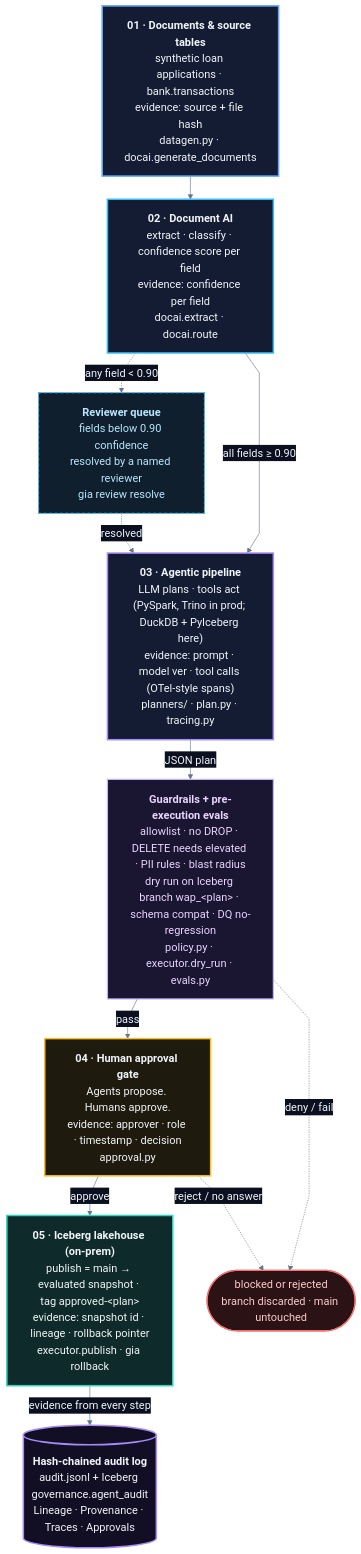
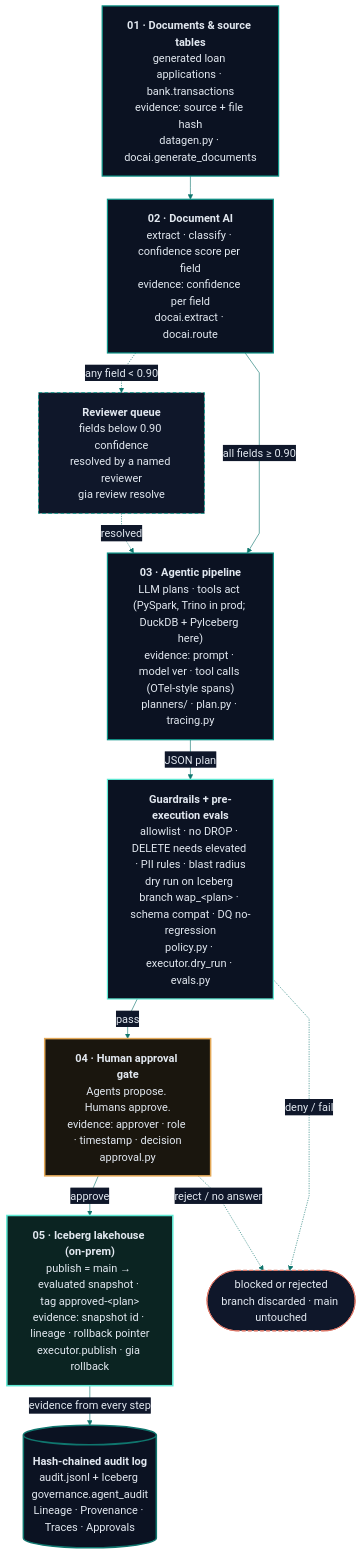
The diagram in docs/architecture.mmd (kushagrasoni/governed-iceberg-agent), drawn with Mermaid before and after one commit. The commit also changed 4 other files, not shown here.

Commit message:
Architecture diagram in the Blueprint palette (no 'synthetic' wording); README screenshot of the four-step live app

```diff
--- a/docs/architecture.mmd
+++ b/docs/architecture.mmd
@@ -1,41 +1,37 @@
-%%{init: {"theme": "base", "securityLevel": "loose", "fontFamily": "Inter, Arial, sans-serif", "flowchart": {"curve": "linear", "nodeSpacing": 40, "rankSpacing": 38, "padding": 18, "htmlLabels": true}, "themeVariables": {"fontFamily": "Inter, Arial, sans-serif", "fontSize": "18px", "background": "#0A1020", "primaryColor": "#131C33", "primaryTextColor": "#F1F5F9", "lineColor": "#64748B", "clusterBkg": "#0B1326", "clusterBorder": "#334155", "edgeLabelBackground": "#0A1020"}, "themeCSS": ".nodeLabel, .edgeLabel { white-space: nowrap !important; } .ev { color:#C4B5FD; font-size:15px; } .mod { color:#64748B; font-size:14px; } .edgeLabel { color:#94A3B8 !important; font-size:15px; }"}}%%
+%%{init: {"theme": "base", "securityLevel": "loose", "fontFamily": "IBM Plex Sans Condensed, Arial Narrow, sans-serif", "flowchart": {"curve": "linear", "nodeSpacing": 40, "rankSpacing": 38, "padding": 18, "htmlLabels": true}, "themeVariables": {"fontFamily": "IBM Plex Sans Condensed, Arial Narrow, sans-serif", "fontSize": "18px", "background": "#0F172A", "primaryColor": "#0B1222", "primaryTextColor": "#E2E8F0", "primaryBorderColor": "#0D9488", "lineColor": "#0F766E", "clusterBkg": "#0B1222", "clusterBorder": "#0F766E", "edgeLabelBackground": "#0F172A"}, "themeCSS": ".nodeLabel, .edgeLabel { white-space: nowrap !important; } .nodeLabel b { font-weight:600; letter-spacing:.01em; } .nodeLabel { color:#E2E8F0; } .rq .nodeLabel { color:#94A3B8; } .stop .nodeLabel { color:#E07A6B; } .ev { color:#5EEAD4 !important; } .ev.gate { color:#E3A857 !important; } .mod { color:#94A3B8 !important; font-size:14px; font-family:IBM Plex Mono, monospace !important; } .edgeLabel { color:#94A3B8 !important; font-size:15px; font-family:IBM Plex Mono, monospace; } .flowchart-link { stroke:#0F766E !important; } marker path { fill:#0F766E !important; stroke:#0F766E !important; }"}}%%
 flowchart TB
-    S1["<b>01 · Documents &amp; source tables</b><br/>synthetic loan applications · bank.transactions<br/><span style='color:#C4B5FD'>evidence: source + file hash</span><br/><span style='color:#7C8BA1;font-size:14px'>datagen.py · docai.generate_documents</span>"]
-    S2["<b>02 · Document AI</b><br/>extract · classify · confidence score per field<br/><span style='color:#C4B5FD'>evidence: confidence per field</span><br/><span style='color:#7C8BA1;font-size:14px'>docai.extract · docai.route</span>"]
-    RQ["<b>Reviewer queue</b><br/>fields below 0.90 confidence<br/>resolved by a named reviewer<br/><span style='color:#7C8BA1;font-size:14px'>gia review resolve</span>"]
-    S3["<b>03 · Agentic pipeline</b><br/>LLM plans · tools act (PySpark, Trino in prod; DuckDB + PyIceberg here)<br/><span style='color:#C4B5FD'>evidence: prompt · model ver · tool calls (OTel-style spans)</span><br/><span style='color:#7C8BA1;font-size:14px'>planners/ · plan.py · tracing.py</span>"]
-    G["<b>Guardrails + pre-execution evals</b><br/>allowlist · no DROP · DELETE needs elevated · PII rules · blast radius<br/>dry run on Iceberg branch wap_&lt;plan&gt; · schema compat · DQ no-regression<br/><span style='color:#7C8BA1;font-size:14px'>policy.py · executor.dry_run · evals.py</span>"]
-    S4["<b>04 · Human approval gate</b><br/>Agents propose. Humans approve.<br/><span style='color:#C4B5FD'>evidence: approver · role · timestamp · decision</span><br/><span style='color:#7C8BA1;font-size:14px'>approval.py</span>"]
-    S5["<b>05 · Iceberg lakehouse (on-prem)</b><br/>publish = main → evaluated snapshot · tag approved-&lt;plan&gt;<br/><span style='color:#C4B5FD'>evidence: snapshot id · lineage · rollback pointer</span><br/><span style='color:#7C8BA1;font-size:14px'>executor.publish · gia rollback</span>"]
+    S1["<b>01 · Documents &amp; source tables</b><br/>generated loan applications · bank.transactions<br/><span class='ev'>evidence: source + file hash</span><br/><span class='mod'>datagen.py · docai.generate_documents</span>"]
+    S2["<b>02 · Document AI</b><br/>extract · classify · confidence score per field<br/><span class='ev'>evidence: confidence per field</span><br/><span class='mod'>docai.extract · docai.route</span>"]
+    RQ["<b>Reviewer queue</b><br/>fields below 0.90 confidence<br/>resolved by a named reviewer<br/><span class='mod'>gia review resolve</span>"]
+    S3["<b>03 · Agentic pipeline</b><br/>LLM plans · tools act (PySpark, Trino in prod; DuckDB + PyIceberg here)<br/><span class='ev'>evidence: prompt · model ver · tool calls (OTel-style spans)</span><br/><span class='mod'>planners/ · plan.py · tracing.py</span>"]
+    G["<b>Guardrails + pre-execution evals</b><br/>allowlist · no DROP · DELETE needs elevated · PII rules · blast radius<br/>dry run on Iceberg branch wap_&lt;plan&gt; · schema compat · DQ no-regression<br/><span class='mod'>policy.py · executor.dry_run · evals.py</span>"]
+    S4["<b>04 · Human approval gate</b><br/>Agents propose. Humans approve.<br/><span class='ev gate'>evidence: approver · role · timestamp · decision</span><br/><span class='mod'>approval.py</span>"]
+    S5["<b>05 · Iceberg lakehouse (on-prem)</b><br/>publish = main → evaluated snapshot · tag approved-&lt;plan&gt;<br/><span class='ev'>evidence: snapshot id · lineage · rollback pointer</span><br/><span class='mod'>executor.publish · gia rollback</span>"]
     X(["blocked or rejected<br/>branch discarded · main untouched"])
     AUD[("<b>Hash-chained audit log</b><br/>audit.jsonl + Iceberg governance.agent_audit<br/>Lineage · Provenance · Traces · Approvals")]
 
     S1 --> S2
     S2 -- "all fields ≥ 0.90" --> S3
     S2 -. "any field < 0.90" .-> RQ
     RQ -. "resolved" .-> S3
     S3 -- "JSON plan" --> G
     G -- "pass" --> S4
     G -. "deny / fail" .-> X
     S4 -. "reject / no answer" .-> X
     S4 -- "approve" --> S5
     S5 -- "evidence from every step" --> AUD
 
-    classDef src fill:#131C33,stroke:#60A5FA,stroke-width:2.5px,color:#F1F5F9;
-    classDef docai fill:#131C33,stroke:#38BDF8,stroke-width:2.5px,color:#F1F5F9;
-    classDef agent fill:#131C33,stroke:#A78BFA,stroke-width:2.5px,color:#F1F5F9;
-    classDef gate fill:#1F1A0E,stroke:#FBBF24,stroke-width:2.5px,color:#F1F5F9;
-    classDef lake fill:#0F2A2A,stroke:#2DD4BF,stroke-width:2.5px,color:#F1F5F9;
-    classDef guard fill:#1A1530,stroke:#C4B5FD,stroke-width:2px,color:#E9D5FF;
-    classDef rq fill:#0F1F2E,stroke:#38BDF8,stroke-width:2px,stroke-dasharray:5 4,color:#BAE6FD;
-    classDef stop fill:#2A1215,stroke:#F87171,stroke-width:2px,color:#FECACA;
-    classDef aud fill:#120F24,stroke:#A78BFA,stroke-width:2.5px,color:#F1F5F9;
-    class S1 src
-    class S2 docai
-    class S3 agent
+    classDef step fill:#0B1222,stroke:#0D9488,stroke-width:2px;
+    classDef guard fill:#0B1222,stroke:#5EEAD4,stroke-width:2px;
+    classDef gate fill:#1A160E,stroke:#E3A857,stroke-width:2.5px;
+    classDef lake fill:#0B2422,stroke:#5EEAD4,stroke-width:2.5px;
+    classDef rq fill:#0F172A,stroke:#0D9488,stroke-width:1.5px,stroke-dasharray:6 4;
+    classDef stop fill:#0F172A,stroke:#E07A6B,stroke-width:1.5px,stroke-dasharray:6 4;
+    classDef aud fill:#0B1222,stroke:#0F766E,stroke-width:2.5px;
+    class S1,S2,S3 step
+    class G guard
     class S4 gate
     class S5 lake
-    class G guard
     class RQ rq
     class X stop
     class AUD aud
```
